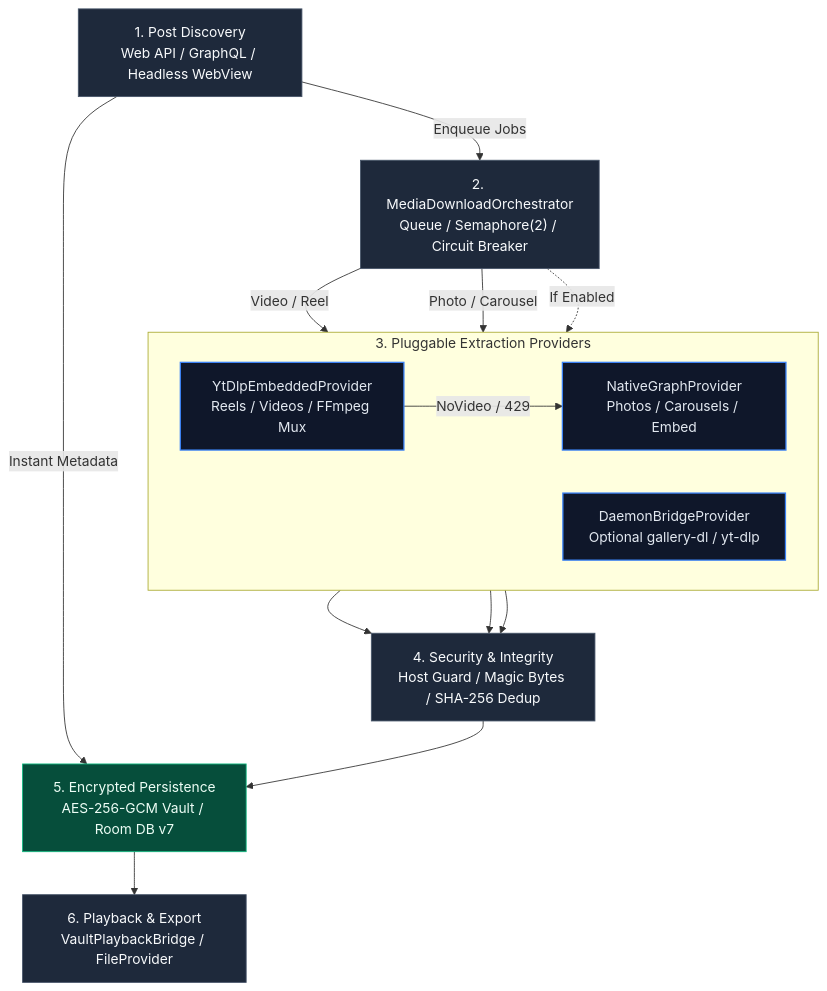
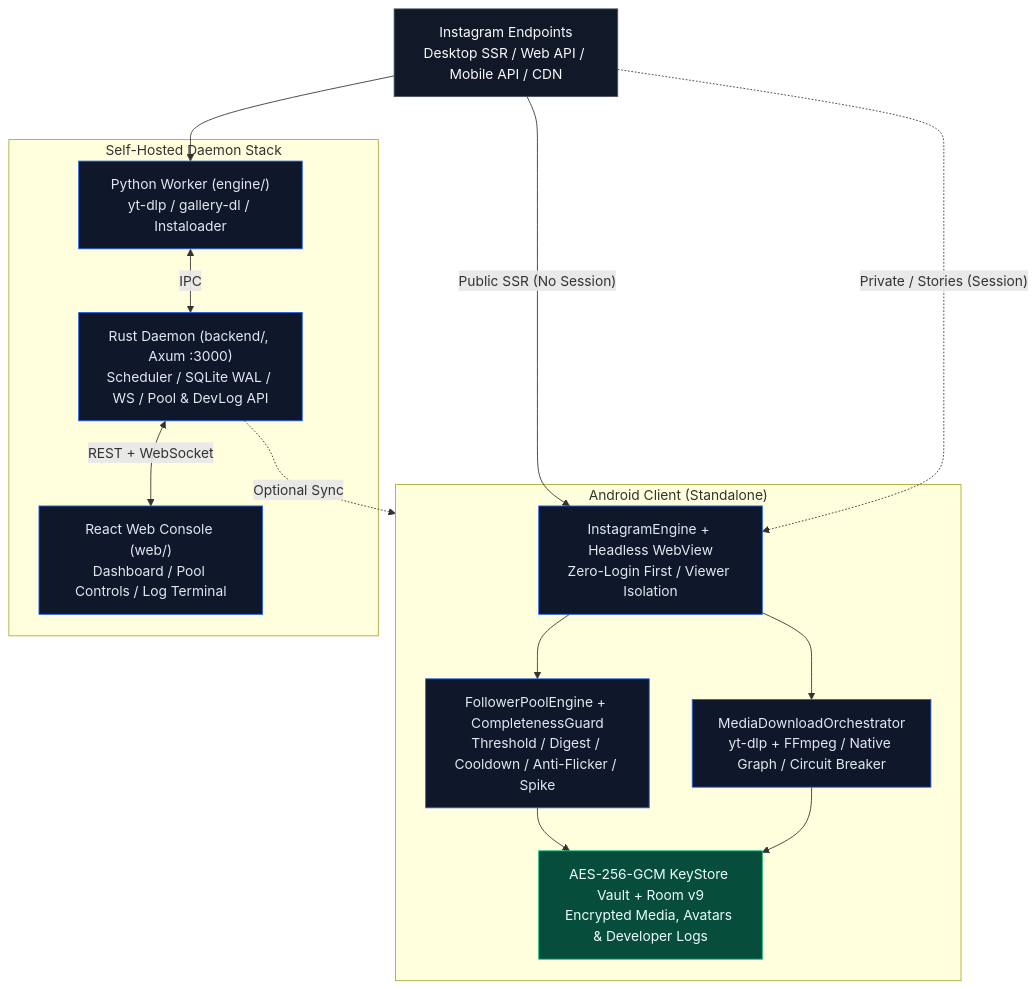
Before and after one commit to ramilseferov/instalogger: the diagram in README.md, drawn with Mermaid. The commit also changed other lines of this file and 15 other files, not shown here.

Commit message:
feat(web,backend,docs): bring web/daemon to mobile parity with pool controls and dev logs terminal, rewrite README

````diff
--- a/README.md
+++ b/README.md
@@ -56,35 +27,36 @@
 ```mermaid
 flowchart TB
-    A["1. Post Discovery<br/>Web API / GraphQL / Headless WebView"]
-    B["2. MediaDownloadOrchestrator<br/>Queue / Semaphore(2) / Circuit Breaker"]
+    IG["Instagram Endpoints<br/>Desktop SSR / Web API / Mobile API / CDN"]
 
-    subgraph Providers["3. Pluggable Extraction Providers"]
-        direction LR
-        P1["YtDlpEmbeddedProvider<br/>Reels / Videos / FFmpeg Mux"]
-        P2["NativeGraphProvider<br/>Photos / Carousels / Embed"]
-        P3["DaemonBridgeProvider<br/>Optional gallery-dl / yt-dlp"]
+    subgraph Android["Android Client (Standalone)"]
+        AEngine["InstagramEngine + Headless WebView<br/>Zero-Login First / Viewer Isolation"]
+        APool["FollowerPoolEngine + CompletenessGuard<br/>Threshold / Digest / Cooldown / Anti-Flicker / Spike"]
+        AOrch["MediaDownloadOrchestrator<br/>yt-dlp + FFmpeg / Native Graph / Circuit Breaker"]
+        AVault["AES-256-GCM KeyStore Vault + Room v9<br/>Encrypted Media, Avatars & Developer Logs"]
     end
 
-    C["4. Security & Integrity<br/>Host Guard / Magic Bytes / SHA-256 Dedup"]
-    D["5. Encrypted Persistence<br/>AES-256-GCM Vault / Room DB v7"]
-    E["6. Playback & Export<br/>VaultPlaybackBridge / FileProvider"]
+    subgraph DaemonStack["Self-Hosted Daemon Stack"]
+        Rust["Rust Daemon (backend/, Axum :3000)<br/>Scheduler / SQLite WAL / WS / Pool & DevLog API"]
+        Py["Python Worker (engine/)<br/>yt-dlp / gallery-dl / Instaloader"]
+        Web["React Web Console (web/)<br/>Dashboard / Pool Controls / Log Terminal"]
+    end
 
-    A -->|"Instant Metadata"| D
-    A -->|"Enqueue Jobs"| B
-    B -->|"Video / Reel"| P1
-    B -->|"Photo / Carousel"| P2
-    B -. "If Enabled" .-> P3
-    P1 -->|"NoVideo / 429"| P2
-    P1 --> C
-    P2 --> C
-    P3 --> C
-    C --> D
-    D --> E
+    IG -->|"Public SSR (No Session)"| AEngine
+    IG -. "Private / Stories (Session)" .-> AEngine
+    AEngine --> APool
+    AEngine --> AOrch
+    APool --> AVault
+    AOrch --> AVault
 
-    classDef stage fill:#1e293b,stroke:#475569,color:#f8fafc,stroke-width:1px;
-    classDef engine fill:#0f172a,stroke:#3b82f6,color:#e2e8f0,stroke-width:1.5px;
-    classDef store fill:#064e3b,stroke:#10b981,color:#ecfdf5,stroke-width:1px;
-    class A,B,C,E stage;
-    class P1,P2,P3 engine;
-    class D store;
+    IG --> Py
+    Py <-->|"IPC"| Rust
+    Rust <-->|"REST + WebSocket"| Web
+    Rust -. "Optional Sync" .-> Android
+
+    classDef ext fill:#111827,stroke:#4b5563,color:#f9fafb;
+    classDef core fill:#0f172a,stroke:#2563eb,color:#e2e8f0;
+    classDef store fill:#064e3b,stroke:#10b981,color:#ecfdf5;
+    class IG ext;
+    class AEngine,APool,AOrch,Rust,Py,Web core;
+    class AVault store;
 ```
````
